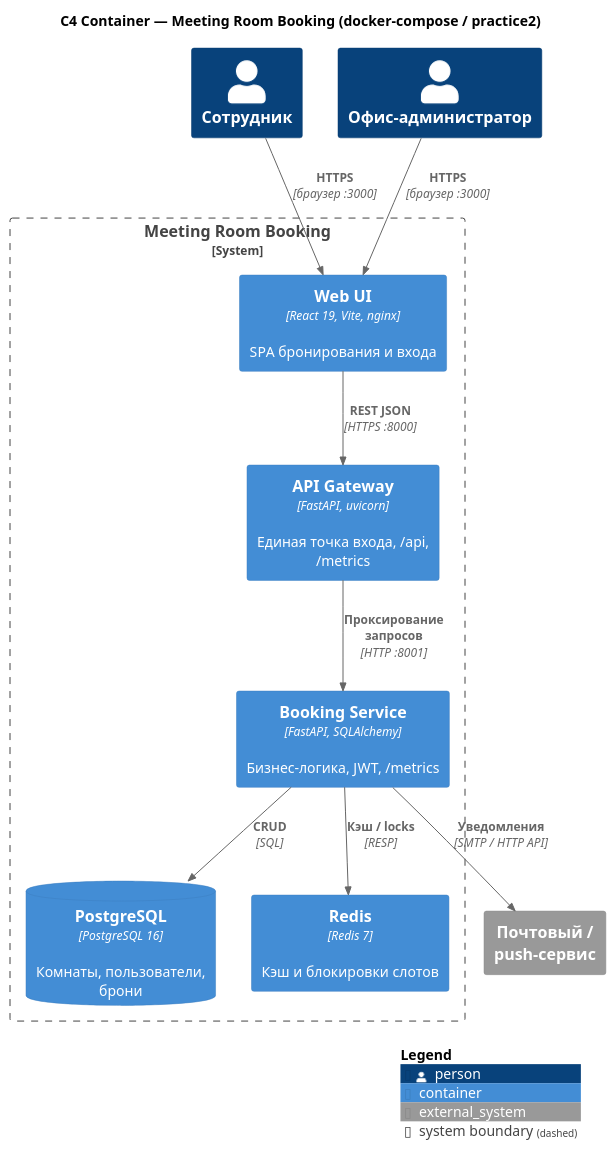
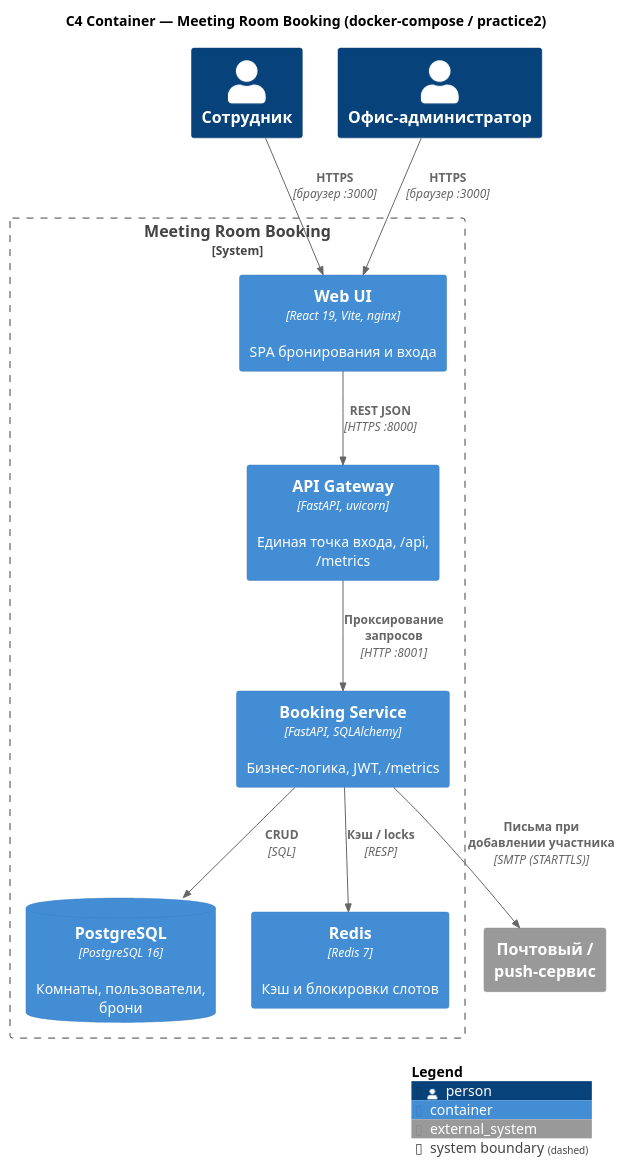
The diagram in practice1/diagrams/container.puml (SmknSe/IPPO_pr9-12), drawn with PlantUML before and after one commit. The commit also changed 21 other files, not shown here.

First line of the commit message:
Участники встречи, SMTP-приглашения, актуализация отчётов и диаграмм

```diff
--- a/practice1/diagrams/container.puml
+++ b/practice1/diagrams/container.puml
@@ -1,27 +1,27 @@
 @startuml
 !include https://raw.githubusercontent.com/plantuml-stdlib/C4-PlantUML/master/C4_Container.puml
 
 title C4 Container — Meeting Room Booking (docker-compose / practice2)
 
 Person(employee, "Сотрудник")
 Person(admin, "Офис-администратор")
 System_Ext(notifier, "Почтовый / push-сервис")
 
 System_Boundary(bookingSystem, "Meeting Room Booking") {
   Container(web, "Web UI", "React 19, Vite, nginx", "SPA бронирования и входа")
   Container(gateway, "API Gateway", "FastAPI, uvicorn", "Единая точка входа, /api, /metrics")
   Container(booking, "Booking Service", "FastAPI, SQLAlchemy", "Бизнес-логика, JWT, /metrics")
   ContainerDb(pg, "PostgreSQL", "PostgreSQL 16", "Комнаты, пользователи, брони")
   Container(cache, "Redis", "Redis 7", "Кэш и блокировки слотов")
 }
 
 Rel(employee, web, "HTTPS", "браузер :3000")
 Rel(admin, web, "HTTPS", "браузер :3000")
 Rel(web, gateway, "REST JSON", "HTTPS :8000")
 Rel(gateway, booking, "Проксирование запросов", "HTTP :8001")
 Rel(booking, pg, "CRUD", "SQL")
 Rel(booking, cache, "Кэш / locks", "RESP")
-Rel(booking, notifier, "Уведомления", "SMTP / HTTP API")
+Rel(booking, notifier, "Письма при добавлении участника", "SMTP (STARTTLS)")
 
 SHOW_LEGEND()
 @enduml
```
